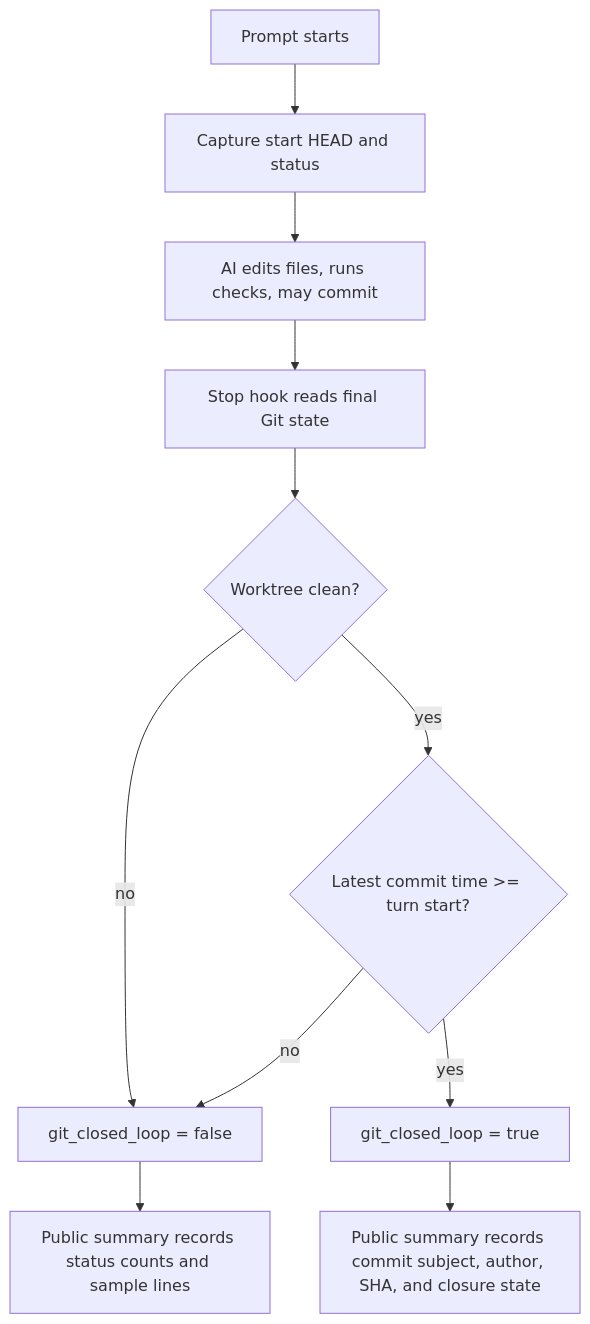
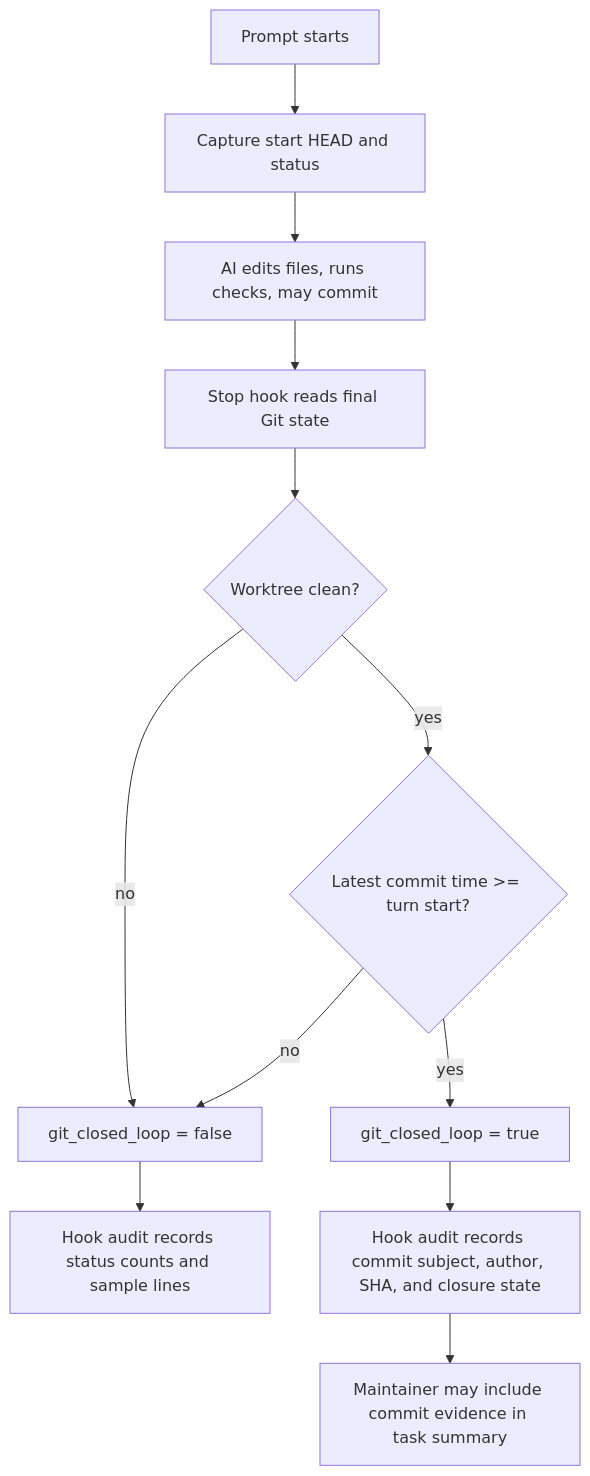
The sixth of 6 diagrams in docs/design.md (netlayer-team/agent-handoff-metrics-bootstrap), drawn with Mermaid before and after one commit. The commit also changed other lines of this file and 6 other files, not shown here.

Commit message:
feat(metrics): add task-level value summary maintainer

````diff
--- a/docs/design.md
+++ b/docs/design.md
@@ -201,13 +219,14 @@
 ```mermaid
 flowchart TD
   A["Prompt starts"] --> B["Capture start HEAD and status"]
   B --> C["AI edits files, runs checks, may commit"]
   C --> D["Stop hook reads final Git state"]
   D --> E{"Worktree clean?"}
   E -- no --> F["git_closed_loop = false"]
   E -- yes --> G{"Latest commit time >= turn start?"}
   G -- no --> F
   G -- yes --> H["git_closed_loop = true"]
-  H --> I["Public summary records commit subject, author, SHA, and closure state"]
-  F --> J["Public summary records status counts and sample lines"]
+  H --> I["Hook audit records commit subject, author, SHA, and closure state"]
+  F --> J["Hook audit records status counts and sample lines"]
+  I --> K["Maintainer may include commit evidence in task summary"]
 ```
````
